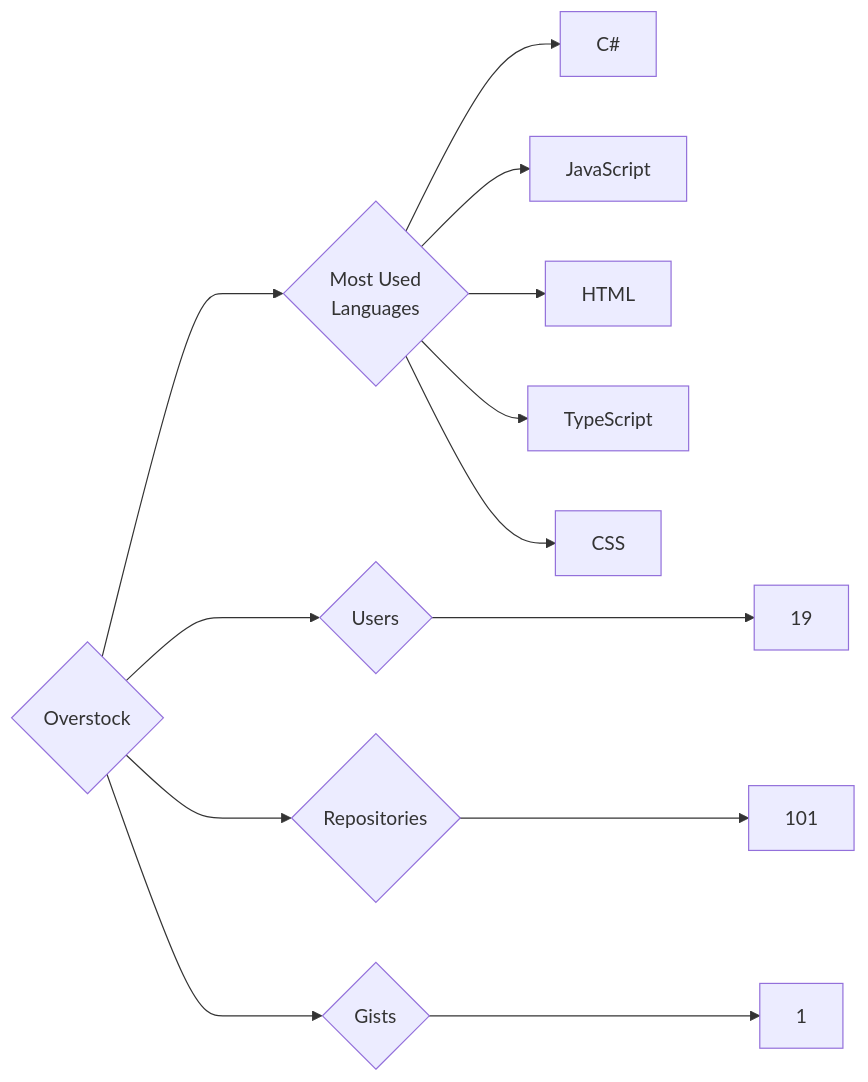
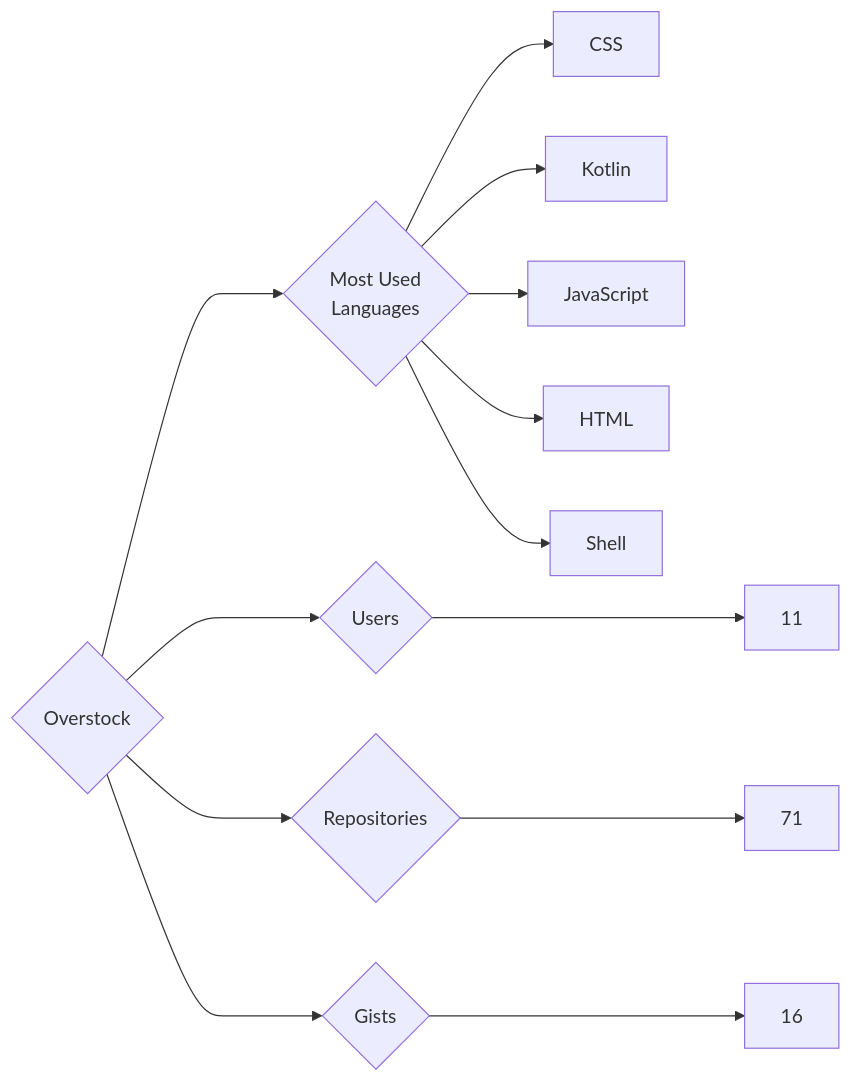
One commit to trickest/insiders changed the diagram in targets/Overstock/README.md. Above: the diagram before and after it, drawn with Mermaid. The commit also changed 748 other files, not shown here.

````diff
--- a/targets/Overstock/README.md
+++ b/targets/Overstock/README.md
@@ -3,13 +3,13 @@
 ```mermaid
 graph LR
 COMPANY_NAME{Overstock}
-COMPANY_NAME ---> U{Users} ---> UN[19]
-COMPANY_NAME ---> R{Repositories} ---> RN[101]
-COMPANY_NAME ---> G{Gists} ---> GN[1]
+COMPANY_NAME ---> U{Users} ---> UN[11]
+COMPANY_NAME ---> R{Repositories} ---> RN[71]
+COMPANY_NAME ---> G{Gists} ---> GN[16]
 COMPANY_NAME ---> ML{Most Used<br>Languages}
-ML --> C#[C#]
+ML --> CSS[CSS]
+ML --> Kotlin[Kotlin]
 ML --> JavaScript[JavaScript]
 ML --> HTML[HTML]
-ML --> TypeScript[TypeScript]
-ML --> CSS[CSS]
+ML --> Shell[Shell]
 ```
````
